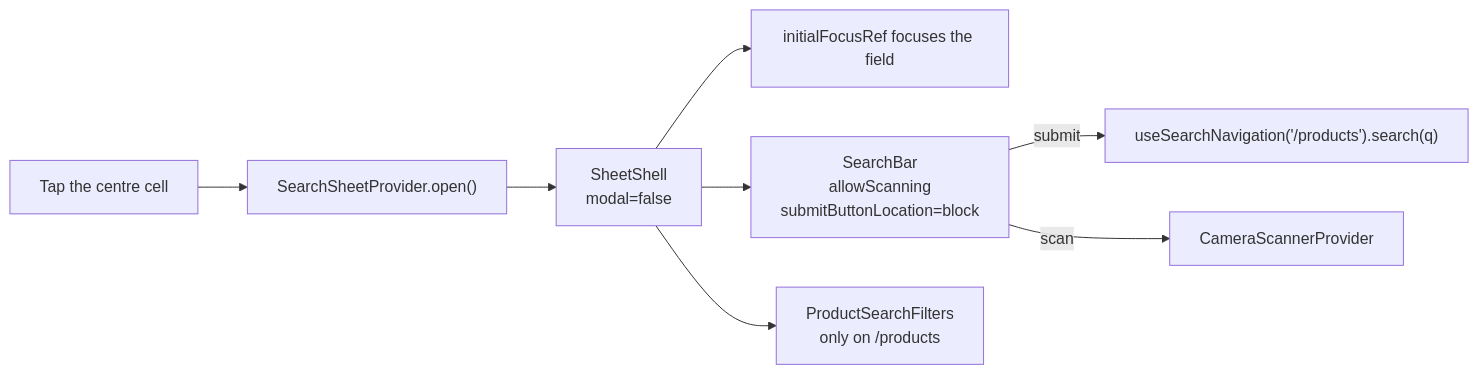
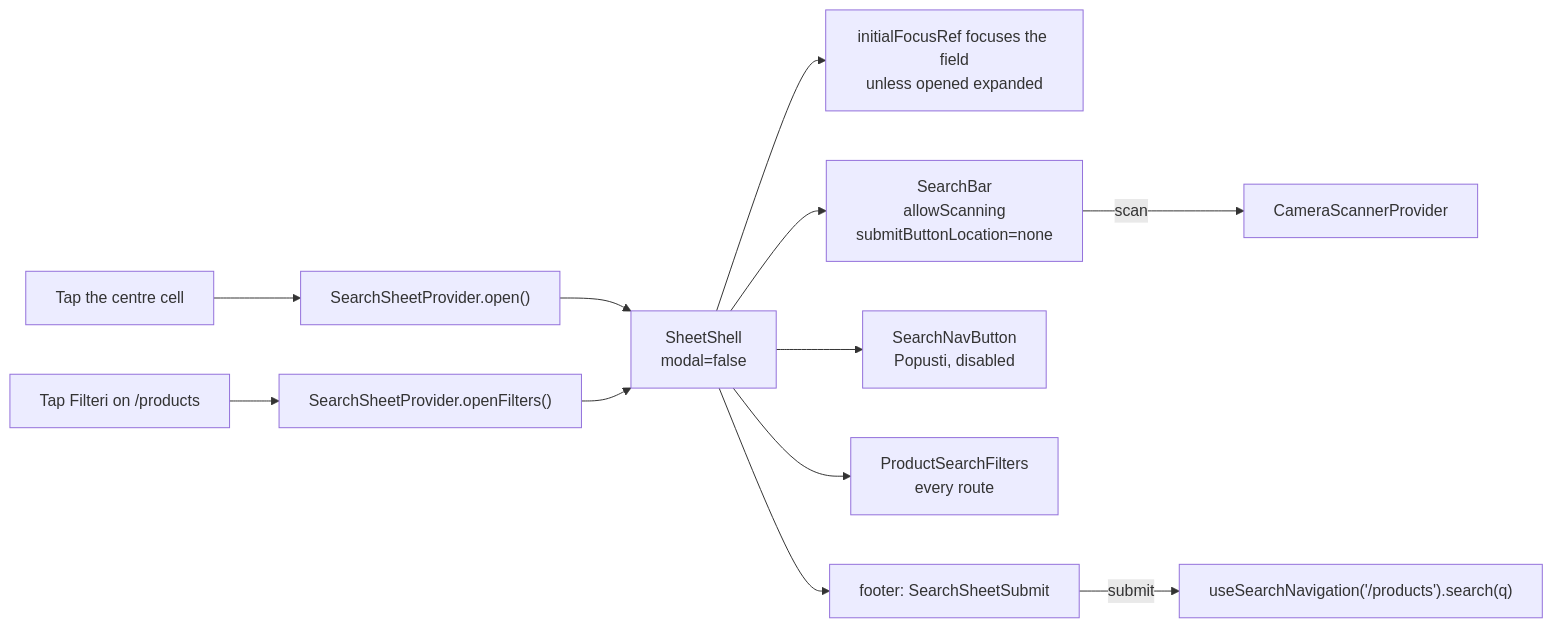
One commit to OffCrazyFreak/Disscount changed the third of 5 diagrams in docs/MOBILE-NAV.md. Above: the diagram before and after it, drawn with Mermaid. The commit also changed other lines of this file, not shown here.

First line of the commit message:
docs(mobile-nav): Bring MOBILE-NAV.md up to the current sheets

````diff
--- a/docs/MOBILE-NAV.md
+++ b/docs/MOBILE-NAV.md
@@ -238,10 +238,14 @@
 ```mermaid
 flowchart LR
     tap["Tap the centre cell"] --> open["SearchSheetProvider.open()"]
+    filteri["Tap Filteri on /products"] --> openf["SearchSheetProvider.openFilters()"]
     open --> shell["SheetShell<br/>modal=false"]
-    shell --> focus["initialFocusRef focuses the field"]
-    shell --> bar["SearchBar<br/>allowScanning<br/>submitButtonLocation=block"]
-    shell --> filters["ProductSearchFilters<br/>only on /products"]
-    bar -->|submit| nav["useSearchNavigation('/products').search(q)"]
+    openf --> shell
+    shell --> focus["initialFocusRef focuses the field<br/>unless opened expanded"]
+    shell --> bar["SearchBar<br/>allowScanning<br/>submitButtonLocation=none"]
+    shell --> nav2["SearchNavButton<br/>Popusti, disabled"]
+    shell --> filters["ProductSearchFilters<br/>every route"]
+    shell --> submit["footer: SearchSheetSubmit"]
+    submit -->|submit| go["useSearchNavigation('/products').search(q)"]
     bar -->|scan| scanner["CameraScannerProvider"]
 ```
````
